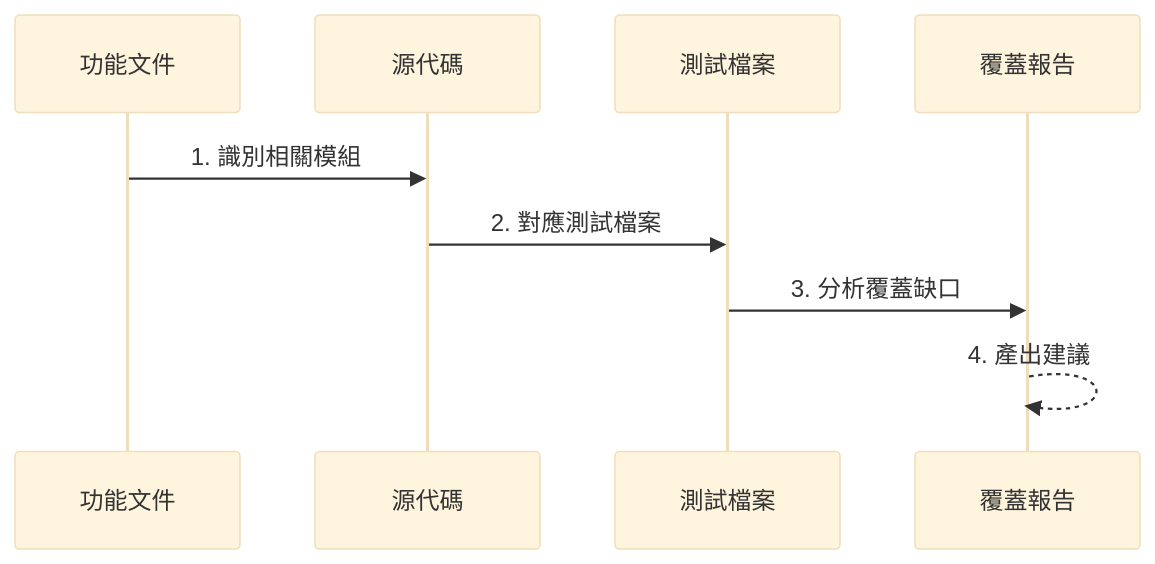
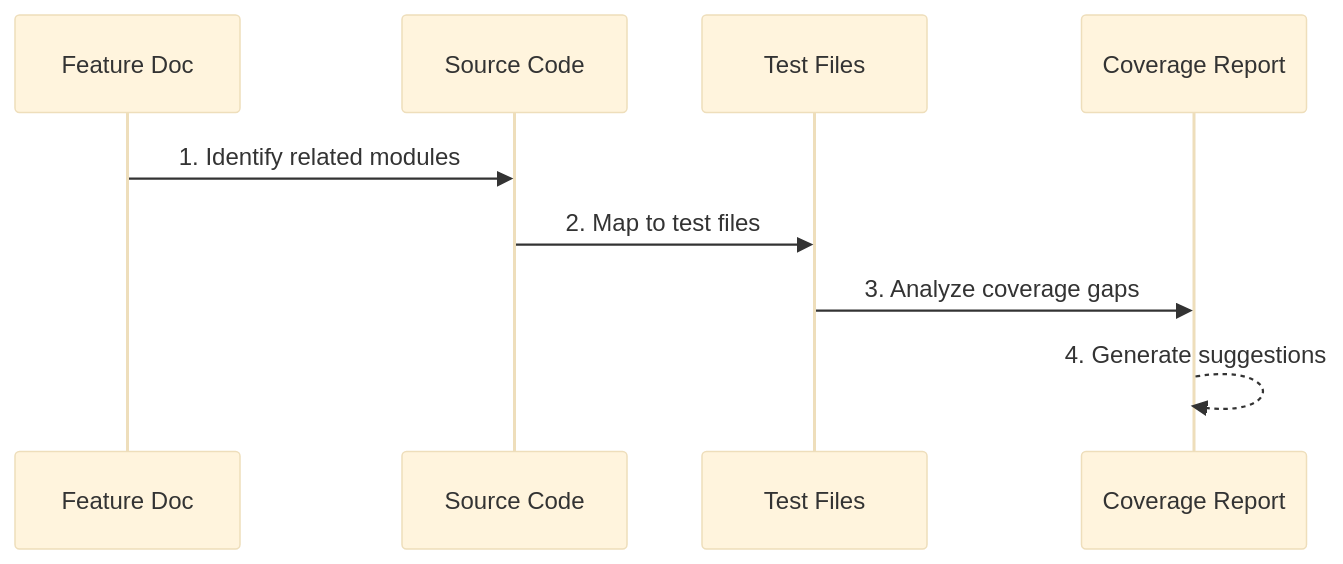
The diagram in agents/coverage-analyst.md (jupiter-Pulin/Uranus-dev-flow), drawn with Mermaid (base theme) before and after one commit. The commit also changed other lines of this file and 106 other files, not shown here.

````diff
--- a/agents/coverage-analyst.md
+++ b/agents/coverage-analyst.md
@@ -14,12 +14,12 @@
 ```mermaid
 sequenceDiagram
-    participant Doc as 功能文件
-    participant Src as 源代碼
-    participant Test as 測試檔案
-    participant Report as 覆蓋報告
+    participant Doc as Feature Doc
+    participant Src as Source Code
+    participant Test as Test Files
+    participant Report as Coverage Report
 
-    Doc->>Src: 1. 識別相關模組
-    Src->>Test: 2. 對應測試檔案
-    Test->>Report: 3. 分析覆蓋缺口
-    Report-->>Report: 4. 產出建議
+    Doc->>Src: 1. Identify related modules
+    Src->>Test: 2. Map to test files
+    Test->>Report: 3. Analyze coverage gaps
+    Report-->>Report: 4. Generate suggestions
 ```
````
